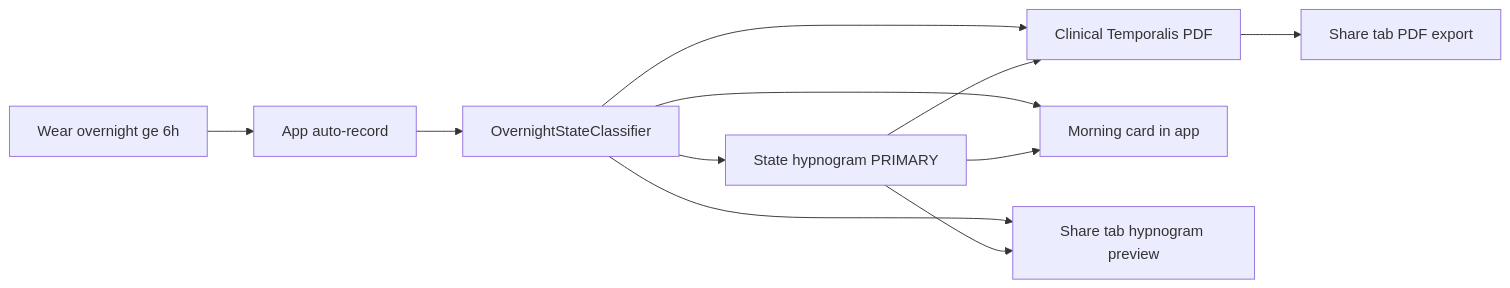
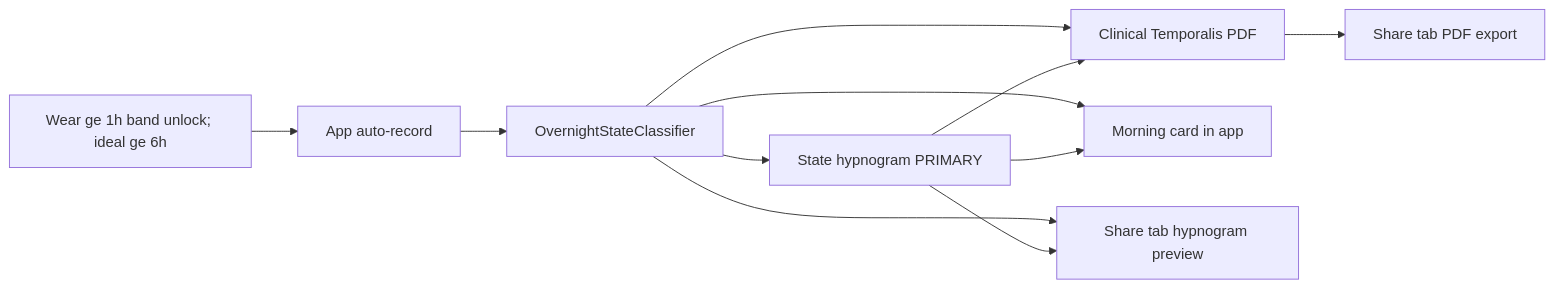
Before and after one commit to johnacogan67/cursor_oralable: the diagram in docs/OVERNIGHT_NIGHT_REPORT.md, drawn with Mermaid. The commit also changed other lines of this file and 197 other files, not shown here.

````diff
--- a/docs/OVERNIGHT_NIGHT_REPORT.md
+++ b/docs/OVERNIGHT_NIGHT_REPORT.md
@@ -30,13 +30,13 @@
 ```mermaid
 flowchart LR
-  Wear[Wear overnight ge 6h] --> Auto[App auto-record]
+  Wear[Wear ge 1h band unlock; ideal ge 6h] --> Auto[App auto-record]
   Auto --> Class[OvernightStateClassifier]
   Class --> Hypno[State hypnogram PRIMARY]
   Class --> PDF[Clinical Temporalis PDF]
   Class --> UI[Morning card in app]
   Class --> Preview[Share tab hypnogram preview]
   PDF --> Share[Share tab PDF export]
   Hypno --> PDF
   Hypno --> UI
   Hypno --> Preview
 ```
````
